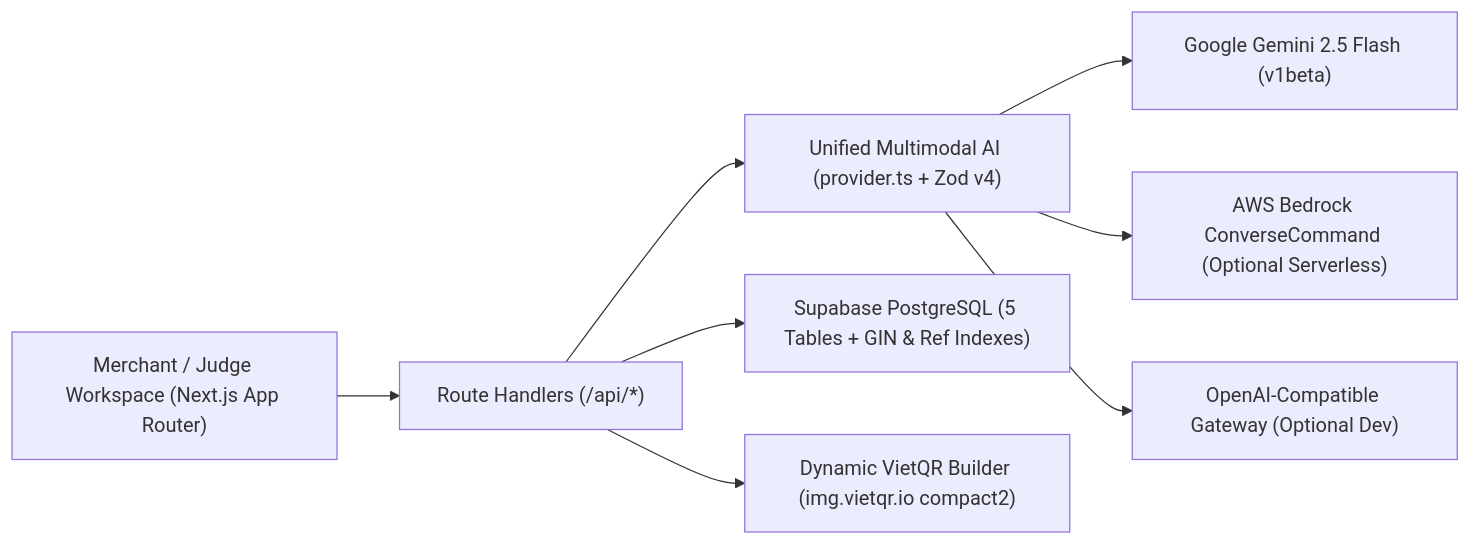
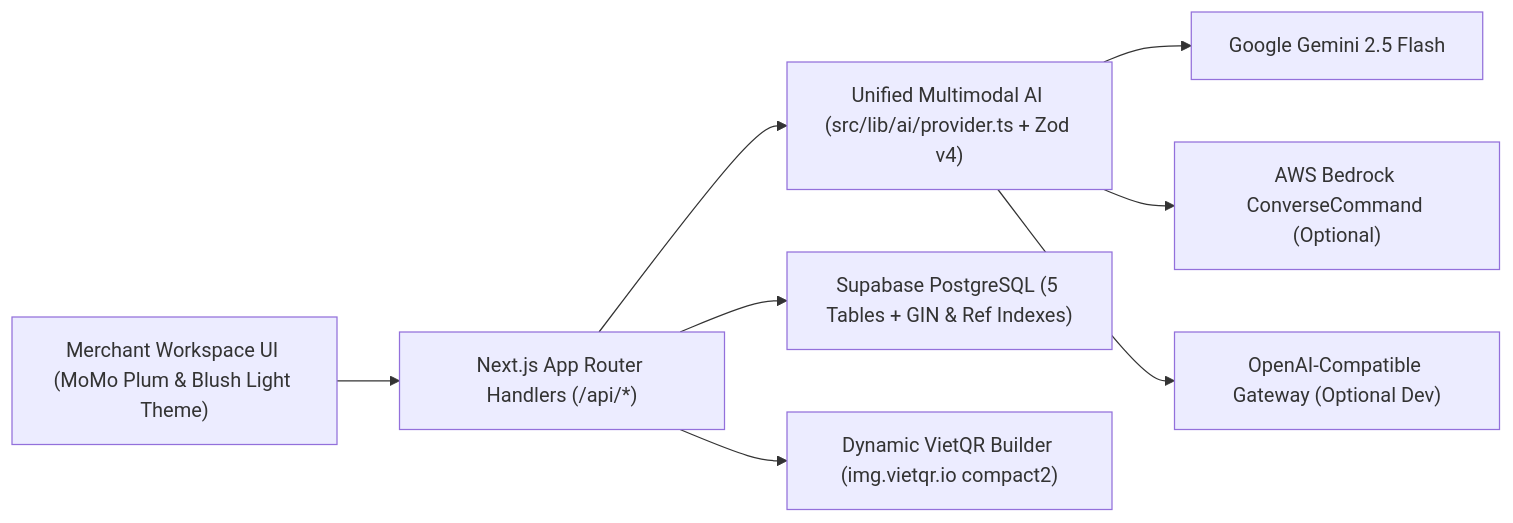
Before and after one commit to anhduyalpha/merchant-ai-copilot: the diagram in README.md, drawn with Mermaid. The commit also changed other lines of this file and 8 other files, not shown here.

````diff
--- a/README.md
+++ b/README.md
@@ -32,10 +44,10 @@
 ```mermaid
 flowchart LR
-  U["Merchant / Judge Workspace (Next.js App Router)"] --> API["Route Handlers (/api/*)"]
-  API --> AI["Unified Multimodal AI (provider.ts + Zod v4)"]
-  AI --> G["Google Gemini 2.5 Flash (v1beta)"]
-  AI --> B["AWS Bedrock ConverseCommand (Optional Serverless)"]
+  U["Merchant Workspace UI (MoMo Plum & Blush Light Theme)"] --> API["Next.js App Router Handlers (/api/*)"]
+  API --> AI["Unified Multimodal AI (src/lib/ai/provider.ts + Zod v4)"]
+  AI --> G["Google Gemini 2.5 Flash"]
+  AI --> B["AWS Bedrock ConverseCommand (Optional)"]
   AI --> A["OpenAI-Compatible Gateway (Optional Dev)"]
   API --> DB["Supabase PostgreSQL (5 Tables + GIN & Ref Indexes)"]
   API --> QR["Dynamic VietQR Builder (img.vietqr.io compact2)"]
 ```
````
